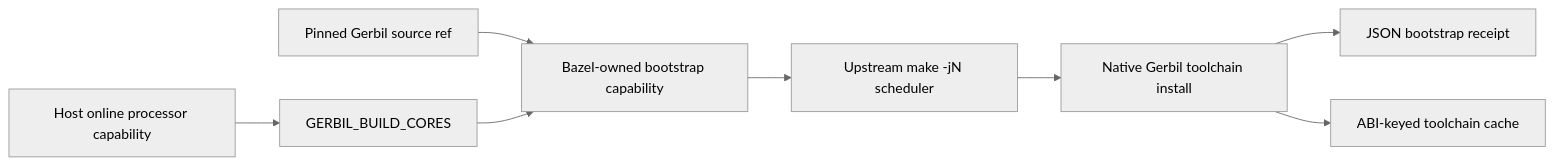
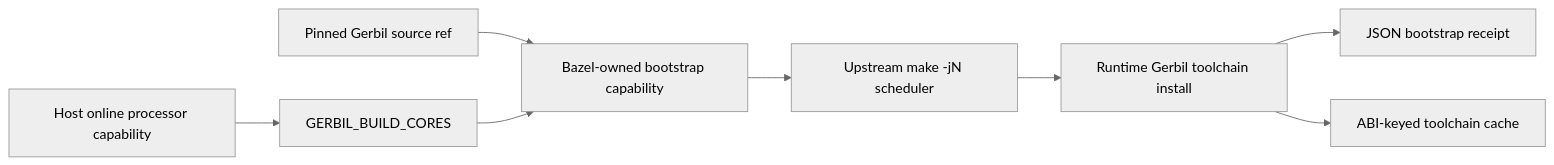
The second of 4 diagrams in module-system/design/147-adaptive-scheme-build-guard/05-cold-build-truth/06-runtime-c-capability.org (tao3k/gebril-yuanxu), drawn with Mermaid (neutral theme) before and after one commit. The commit also changed other lines of this file and 1469 other files, not shown here.

```diff
--- a/module-system/design/147-adaptive-scheme-build-guard/05-cold-build-truth/06-runtime-c-capability.org
+++ b/module-system/design/147-adaptive-scheme-build-guard/05-cold-build-truth/06-runtime-c-capability.org
@@ -46,10 +46,10 @@
 #+begin_src mermaid
 flowchart LR
   Host["Host online processor capability"] --> Cores["GERBIL_BUILD_CORES"]
   Source["Pinned Gerbil source ref"] --> Bootstrap["Bazel-owned bootstrap capability"]
   Cores --> Bootstrap
   Bootstrap --> Make["Upstream make -jN scheduler"]
-  Make --> Install["Native Gerbil toolchain install"]
+  Make --> Install["Runtime Gerbil toolchain install"]
   Install --> Receipt["JSON bootstrap receipt"]
   Install --> Cache["ABI-keyed toolchain cache"]
 #+end_src
```
